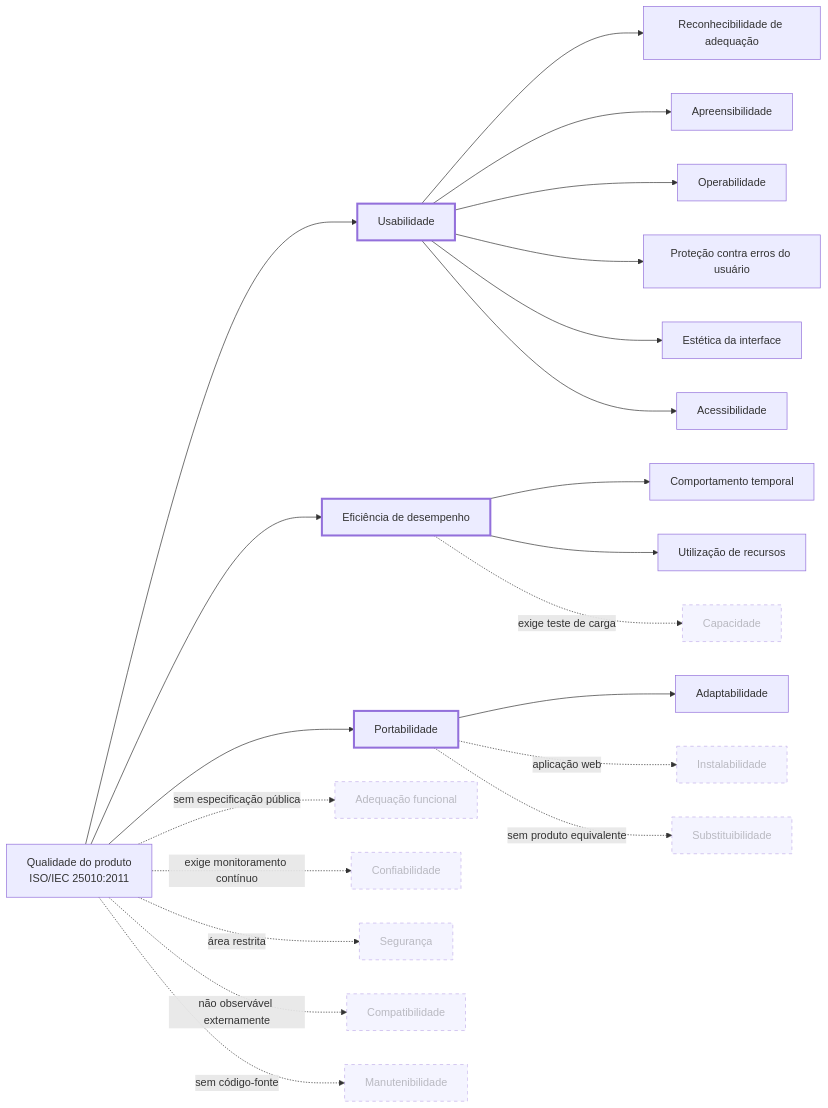
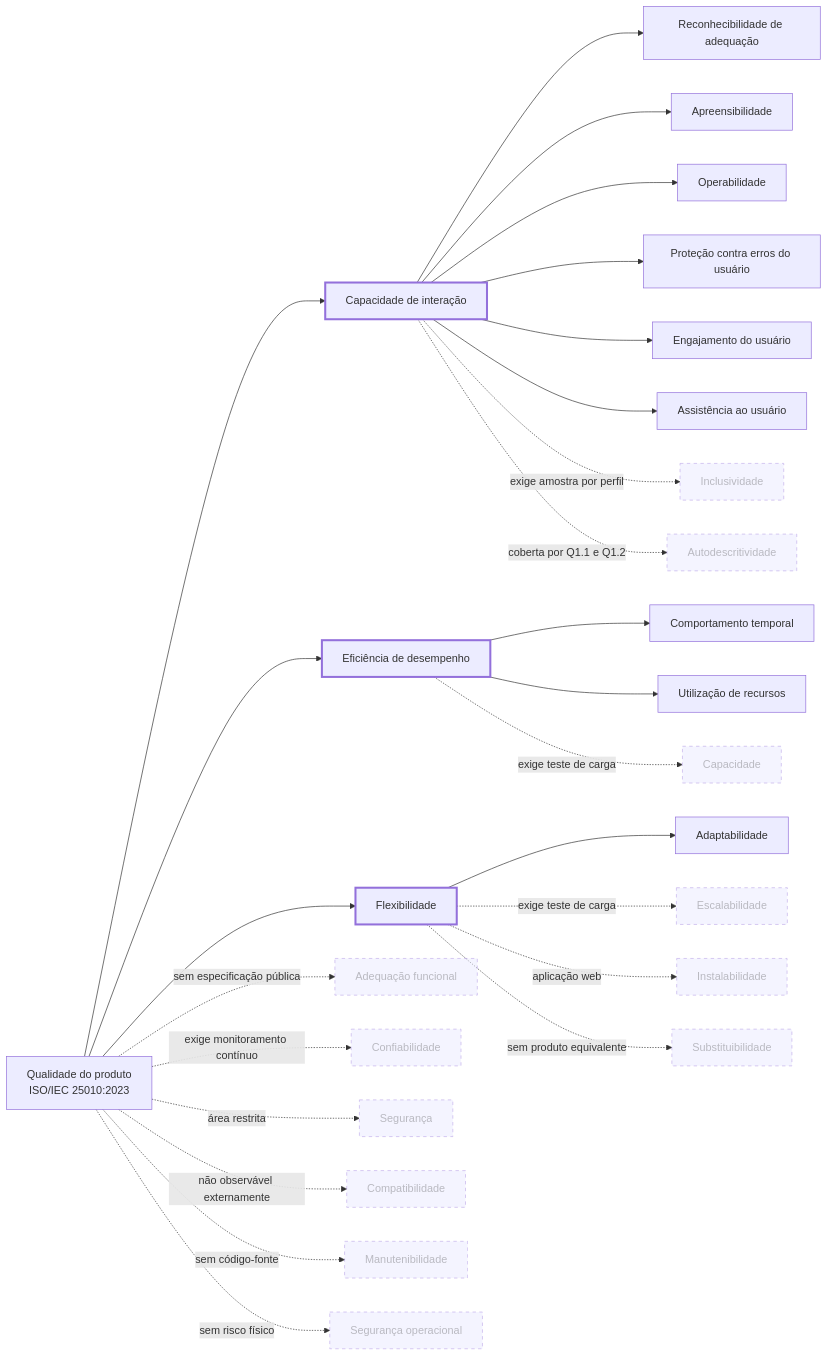
One commit to FCTE-Qualidade-de-Software-1/2026-2_T02_DOROTHY_JOHSON changed the second of 2 diagrams in docs/fase-1/index.md. Above: the diagram before and after it, drawn with Mermaid. The commit also changed other lines of this file and 6 other files, not shown here.

````diff
--- a/docs/fase-1/index.md
+++ b/docs/fase-1/index.md
@@ -197,33 +203,37 @@
 ```mermaid
 flowchart LR
-    Q["Qualidade do produto<br/>ISO/IEC 25010:2011"]
+    Q["Qualidade do produto<br/>ISO/IEC 25010:2023"]
 
-    Q --> US[Usabilidade]
+    Q --> US[Capacidade de interação]
     Q --> EF[Eficiência de desempenho]
-    Q --> PO[Portabilidade]
+    Q --> PO[Flexibilidade]
     Q -.->|sem especificação pública| AF[Adequação funcional]
     Q -.->|exige monitoramento contínuo| CF[Confiabilidade]
     Q -.->|área restrita| SE[Segurança]
     Q -.->|não observável externamente| CO[Compatibilidade]
     Q -.->|sem código-fonte| MA[Manutenibilidade]
+    Q -.->|sem risco físico| SO[Segurança operacional]
 
     US --> US1[Reconhecibilidade de adequação]
     US --> US2[Apreensibilidade]
     US --> US3[Operabilidade]
     US --> US4[Proteção contra erros do usuário]
-    US --> US5[Estética da interface]
-    US --> US6[Acessibilidade]
+    US --> US5[Engajamento do usuário]
+    US --> US6[Assistência ao usuário]
+    US -.->|exige amostra por perfil| US7[Inclusividade]
+    US -.->|coberta por Q1.1 e Q1.2| US8[Autodescritividade]
 
     EF --> EF1[Comportamento temporal]
     EF --> EF2[Utilização de recursos]
     EF -.->|exige teste de carga| EF3[Capacidade]
 
     PO --> PO1[Adaptabilidade]
+    PO -.->|exige teste de carga| PO4[Escalabilidade]
     PO -.->|aplicação web| PO2[Instalabilidade]
     PO -.->|sem produto equivalente| PO3[Substituibilidade]
 
     classDef selecionada stroke-width:3px
     classDef fora stroke-dasharray:5 5,opacity:0.55
     class US,EF,PO selecionada
-    class AF,CF,SE,CO,MA,EF3,PO2,PO3 fora
+    class AF,CF,SE,CO,MA,SO,US7,US8,EF3,PO2,PO3,PO4 fora
 ```
````
